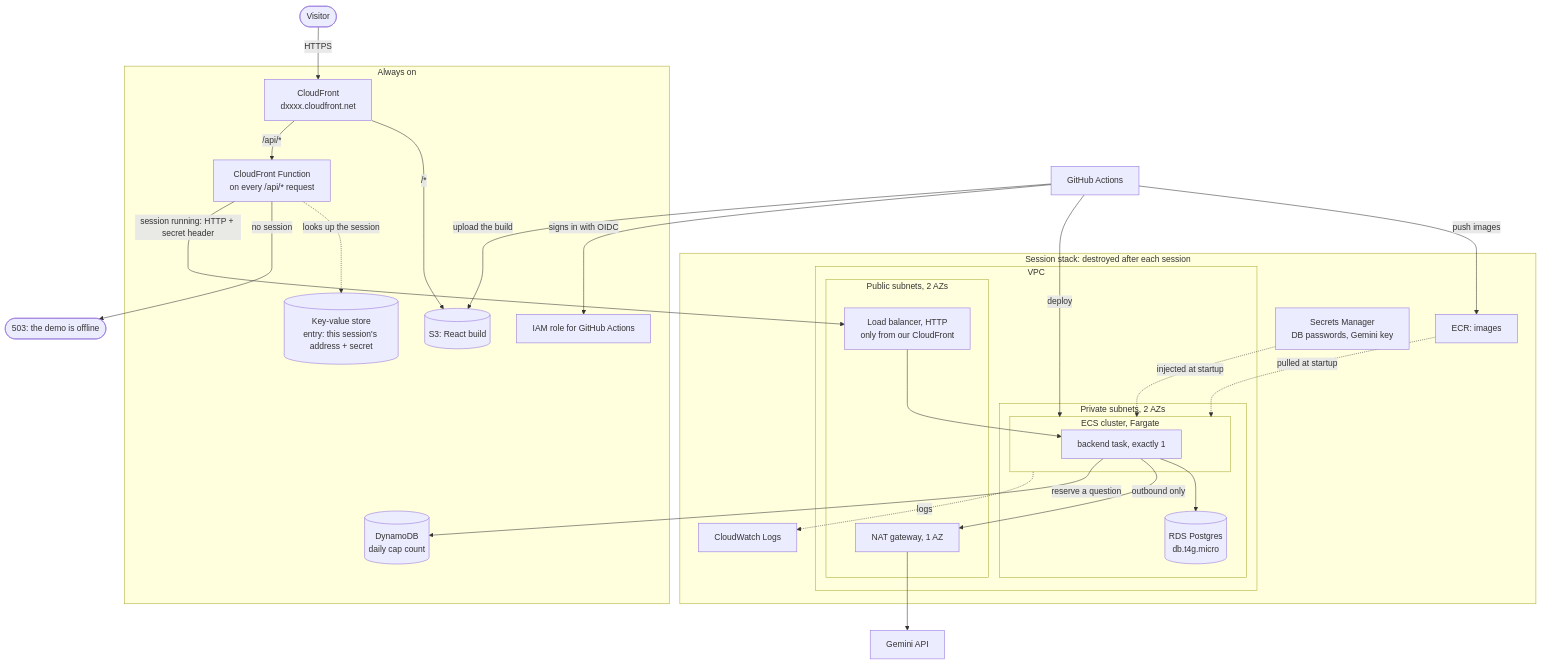
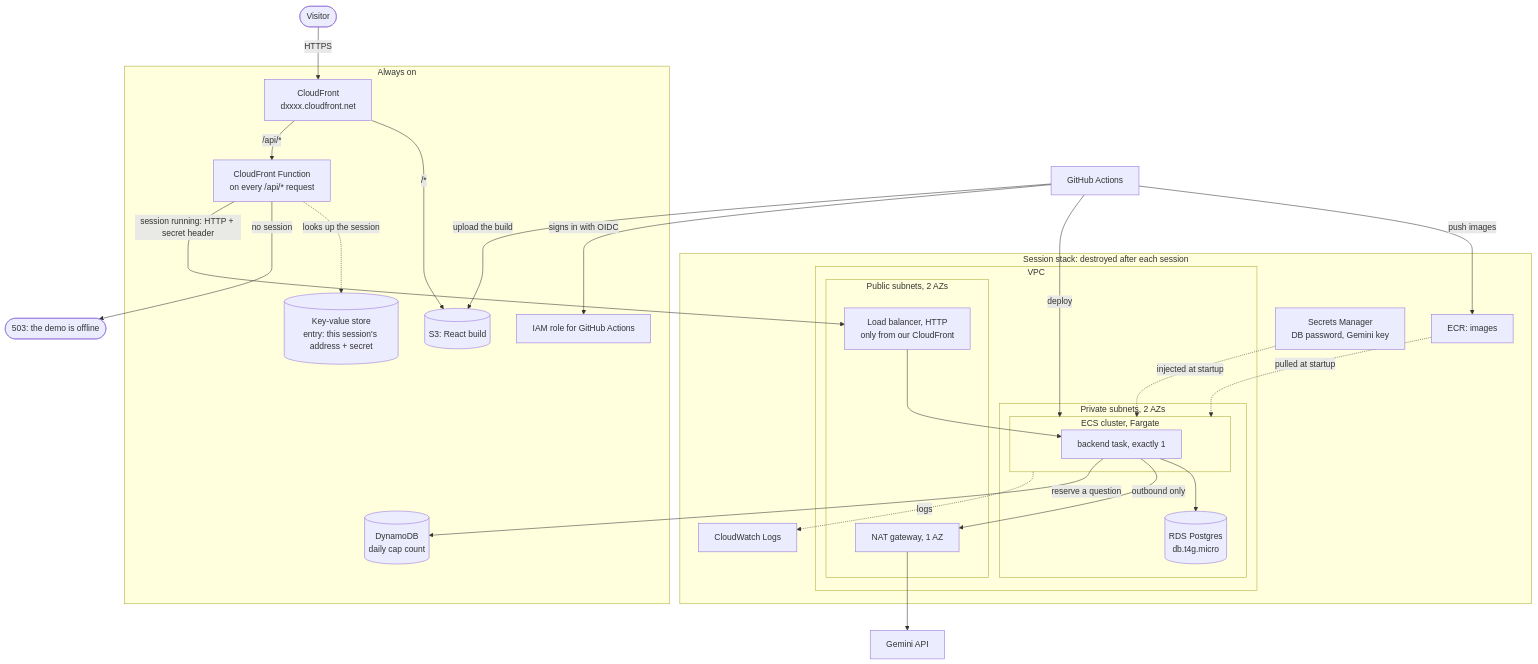
One commit to vovadyach/dashgen changed the sixth of 8 diagrams in docs/design.md. Above: the diagram before and after it, drawn with Mermaid. The commit also changed other lines of this file and 7 other files, not shown here.

````diff
--- a/docs/design.md
+++ b/docs/design.md
@@ -278,52 +278,52 @@
 ```mermaid
 flowchart TB
     visitor(["Visitor"])
     gha["GitHub Actions"]
     gemini["Gemini API"]
     offline(["503: the demo is offline"])
 
     subgraph base ["Always on"]
         cf["CloudFront<br/>dxxxx.cloudfront.net"]
         fn["CloudFront Function<br/>on every /api/* request"]
         kvs[("Key-value store<br/>entry: this session's address + secret")]
         ddb[("DynamoDB<br/>daily cap count")]
         site[("S3: React build")]
         role["IAM role for GitHub Actions"]
     end
 
     subgraph appstack ["Session stack: destroyed after each session"]
         ecr["ECR: images"]
-        secrets["Secrets Manager<br/>DB passwords, Gemini key"]
+        secrets["Secrets Manager<br/>DB password, Gemini key"]
         logs["CloudWatch Logs"]
         subgraph vpc ["VPC"]
             subgraph pub ["Public subnets, 2 AZs"]
                 alb["Load balancer, HTTP<br/>only from our CloudFront"]
                 nat["NAT gateway, 1 AZ"]
             end
             subgraph priv ["Private subnets, 2 AZs"]
                 subgraph ecs ["ECS cluster, Fargate"]
                     be["backend task, exactly 1"]
                 end
                 rds[("RDS Postgres<br/>db.t4g.micro")]
             end
         end
     end
 
     visitor -->|"HTTPS"| cf
     cf -->|"/*"| site
     cf -->|"/api/*"| fn
     fn -.->|"looks up the session"| kvs
     fn -->|"no session"| offline
     fn -->|"session running: HTTP + secret header"| alb
     alb --> be
     be --> rds
     be -->|"outbound only"| nat --> gemini
     be -->|"reserve a question"| ddb
     secrets -.->|"injected at startup"| ecs
     ecr -.->|"pulled at startup"| ecs
     ecs -.->|"logs"| logs
     gha -->|"signs in with OIDC"| role
     gha -->|"push images"| ecr
     gha -->|"deploy"| ecs
     gha -->|"upload the build"| site
 ```
````
